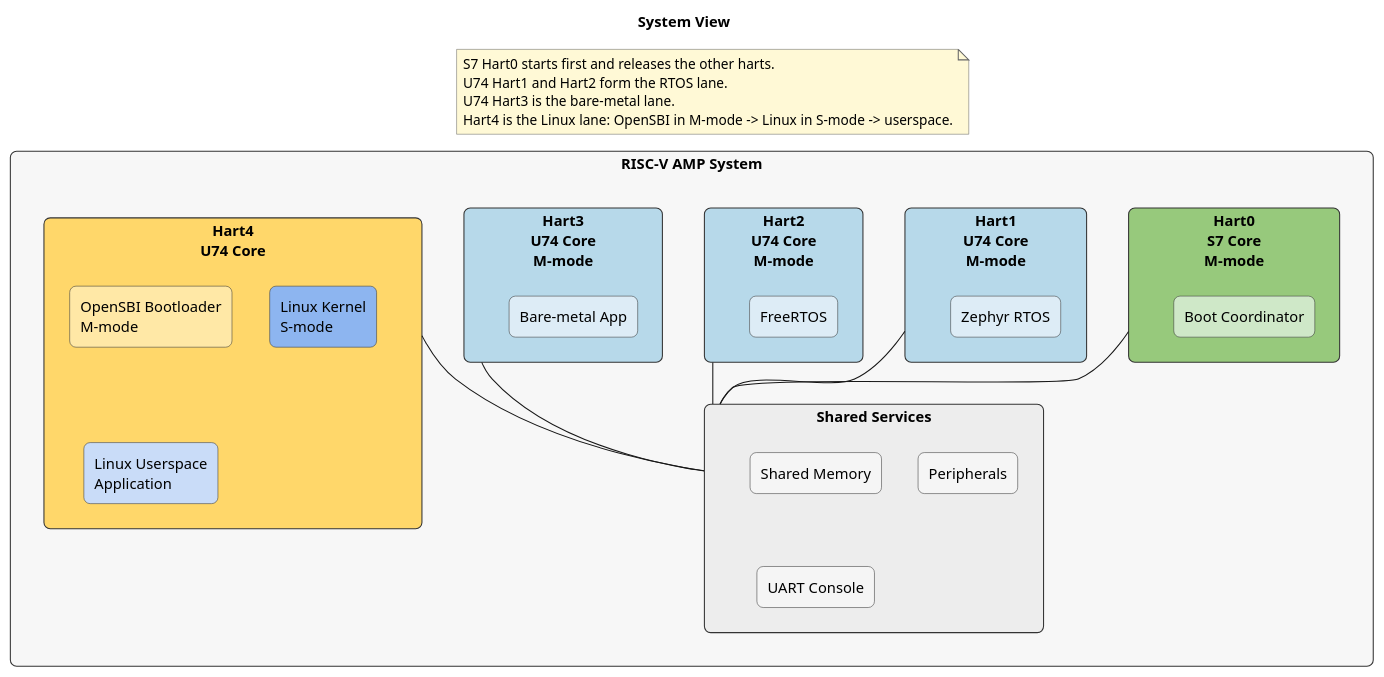
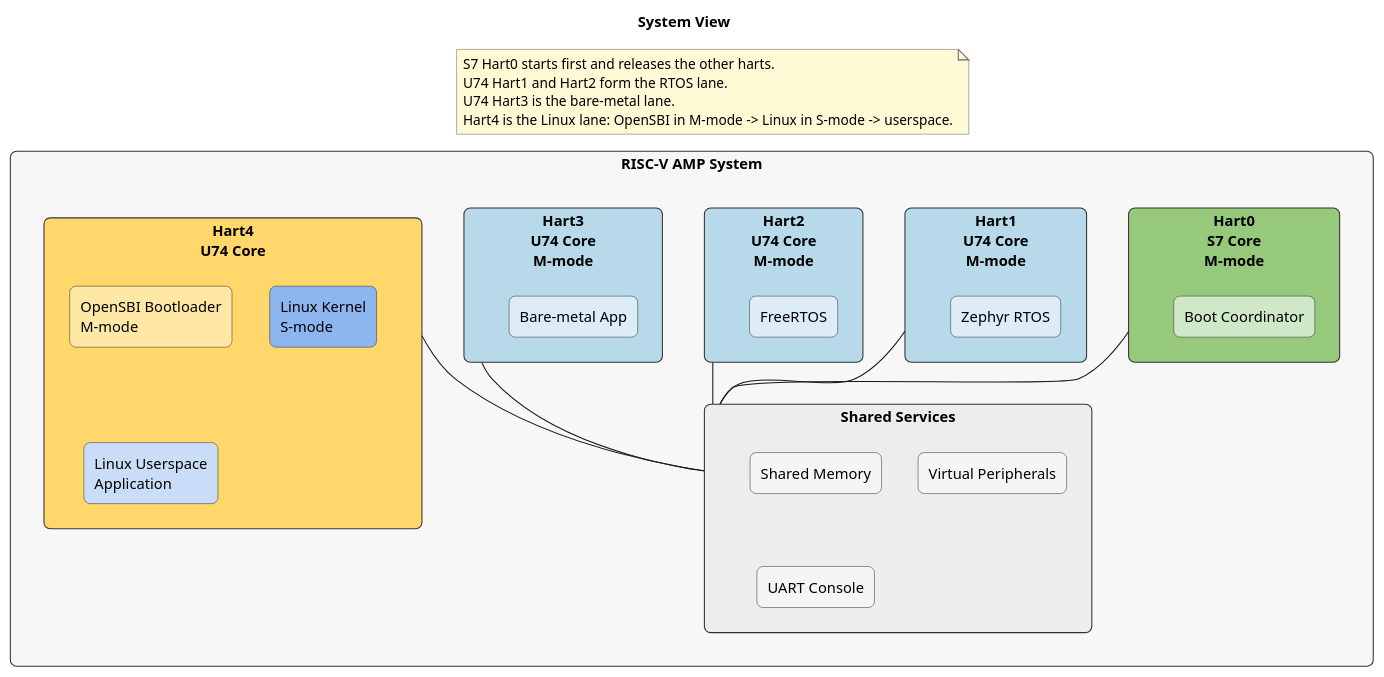
The diagram in docs/Examples/harts-system-view.puml (nikola-winmaker/PhdHaloRSG), drawn with PlantUML before and after one commit. The commit also changed 9 other files, not shown here.

```diff
--- a/docs/Examples/harts-system-view.puml
+++ b/docs/Examples/harts-system-view.puml
@@ -1,66 +1,71 @@
 @startuml
 title System View
 
 skinparam backgroundColor white
 skinparam shadowing false
 skinparam defaultFontName Monospace
 skinparam rectangle {
   RoundCorner 12
   BorderColor #333333
 }
 skinparam note {
   BorderColor #666666
   BackgroundColor #FFF9D6
 }
 
 top to bottom direction
 
 note as TOPNOTE
 S7 Hart0 starts first and releases the other harts.
 U74 Hart1 and Hart2 form the RTOS lane.
 U74 Hart3 is the bare-metal lane.
 Hart4 is the Linux lane: OpenSBI in M-mode -> Linux in S-mode -> userspace.
 end note
 
 rectangle "RISC-V AMP System" as SYS #F7F7F7 {
 
   rectangle "Hart0\nS7 Core\nM-mode" as H0 #97C97C {
     rectangle "Boot Coordinator" as H0A #CFE8C8
   }
 
   rectangle "Hart1\nU74 Core\nM-mode" as H1 #B7D9EA {
     rectangle "Zephyr RTOS" as H1A #DDECF6
   }
 
   rectangle "Hart2\nU74 Core\nM-mode" as H2 #B7D9EA {
     rectangle "FreeRTOS" as H2A #DDECF6
   }
 
   rectangle "Hart3\nU74 Core\nM-mode" as H3 #B7D9EA {
     rectangle "Bare-metal App" as H3A #DDECF6
   }
 
   rectangle "Hart4\nU74 Core" as H4 #FFD76A {
     rectangle "OpenSBI Bootloader\nM-mode" as H4A #FFE8A6
     rectangle "Linux Kernel\nS-mode" as H4B #8DB5F0
     rectangle "Linux Userspace\nApplication" as H4C #C9DCF8
   }
 
   rectangle "Shared Services" as SH #EDEDED {
     rectangle "Shared Memory" as SHM #F5F5F5
-    rectangle "Peripherals" as CLINT #F5F5F5
+    rectangle "Virtual Peripherals" as CLINT #F5F5F5
     rectangle "UART Console" as UART #F5F5F5
   }
 }
 
 TOPNOTE -[hidden]down- H1
 TOPNOTE -[hidden]down- H2
 TOPNOTE -[hidden]down- H3
 
+H1 -[hidden]right- H2
+H2 -[hidden]right- H3
+H3 -[hidden]right- H4
+H4 -[hidden]right- H0
+
 H0 -down- SH
 H1 -down- SH
 H2 -down- SH
 H3 -down- SH
 H4 -down- SH
 
 @enduml
```
